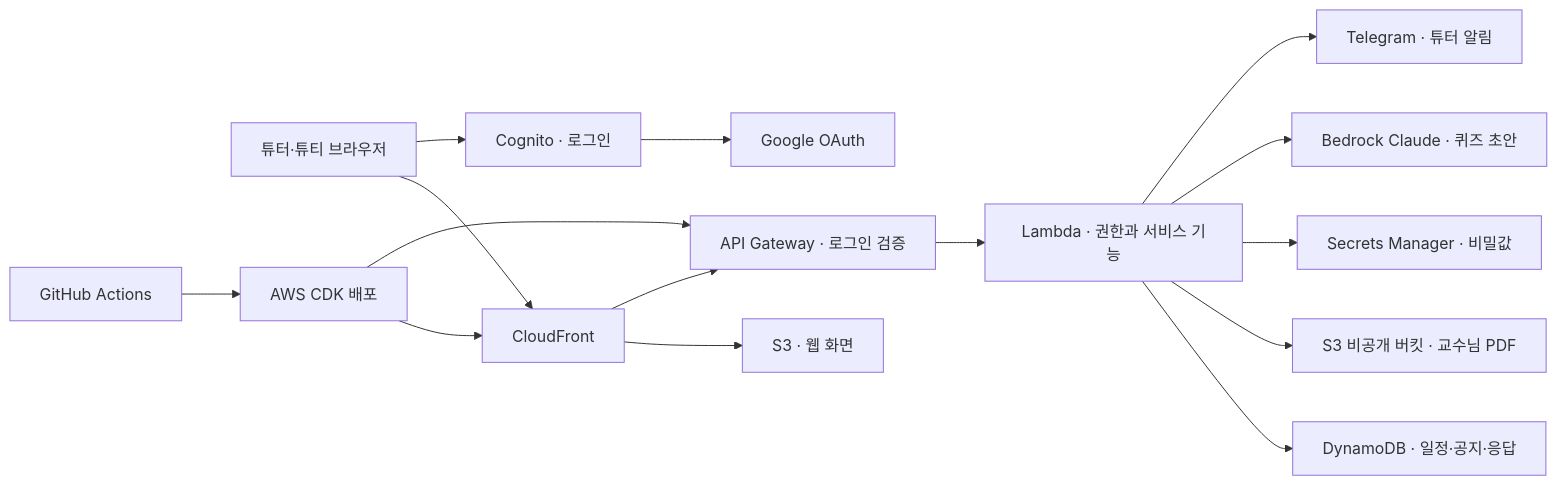
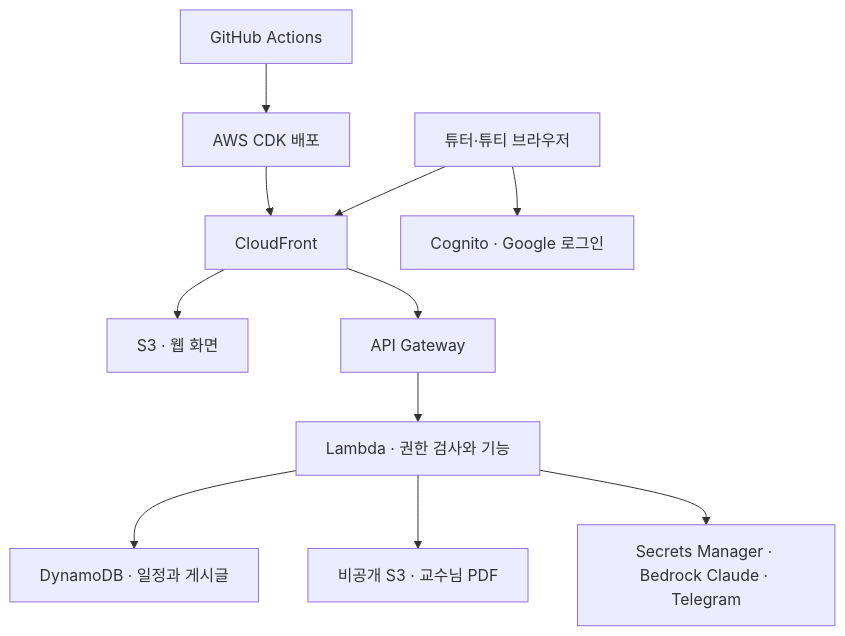
Before and after one commit to ryeong03/data-structures-tutoring: the diagram in README.md, drawn with Mermaid.

Commit message:
Make architecture diagram easier to read

````diff
--- a/README.md
+++ b/README.md
@@ -11,17 +11,11 @@
 ```mermaid
-flowchart LR
-    U[튜터·튜티 브라우저] --> CF[CloudFront]
+flowchart TB
+    GH[GitHub Actions] --> CDK[AWS CDK 배포] --> CF[CloudFront]
+    U[튜터·튜티 브라우저] --> CF
+    U --> C[Cognito · Google 로그인]
     CF --> WEB[S3 · 웹 화면]
-    U --> C[Cognito · 로그인]
-    C --> G[Google OAuth]
-    CF --> API[API Gateway · 로그인 검증]
-    API --> L[Lambda · 권한과 서비스 기능]
-    L --> DB[DynamoDB · 일정·공지·응답]
-    L --> FILE[S3 비공개 버킷 · 교수님 PDF]
-    L --> SM[Secrets Manager · 비밀값]
-    L --> AI[Bedrock Claude · 퀴즈 초안]
-    L --> TG[Telegram · 튜터 알림]
-    GH[GitHub Actions] --> CDK[AWS CDK 배포]
-    CDK --> CF
-    CDK --> API
+    CF --> API[API Gateway] --> L[Lambda · 권한 검사와 기능]
+    L --> DB[DynamoDB · 일정과 게시글]
+    L --> FILE[비공개 S3 · 교수님 PDF]
+    L --> EXT[Secrets Manager · Bedrock Claude · Telegram]
 ```
````
